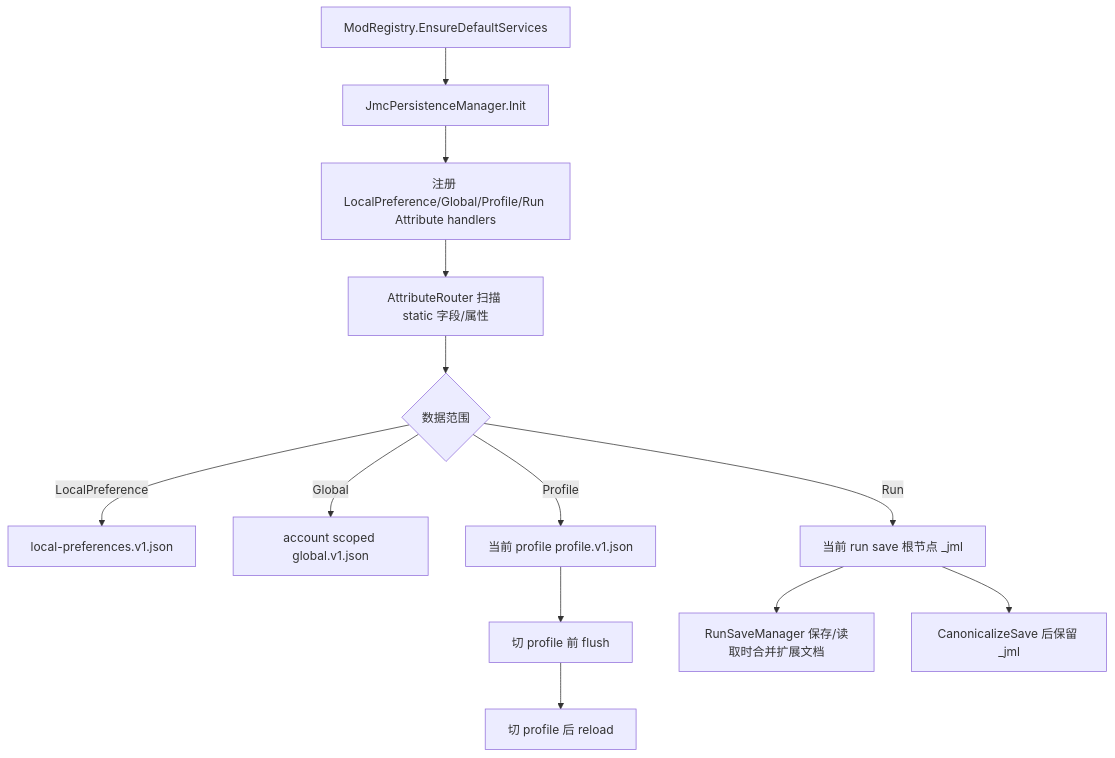
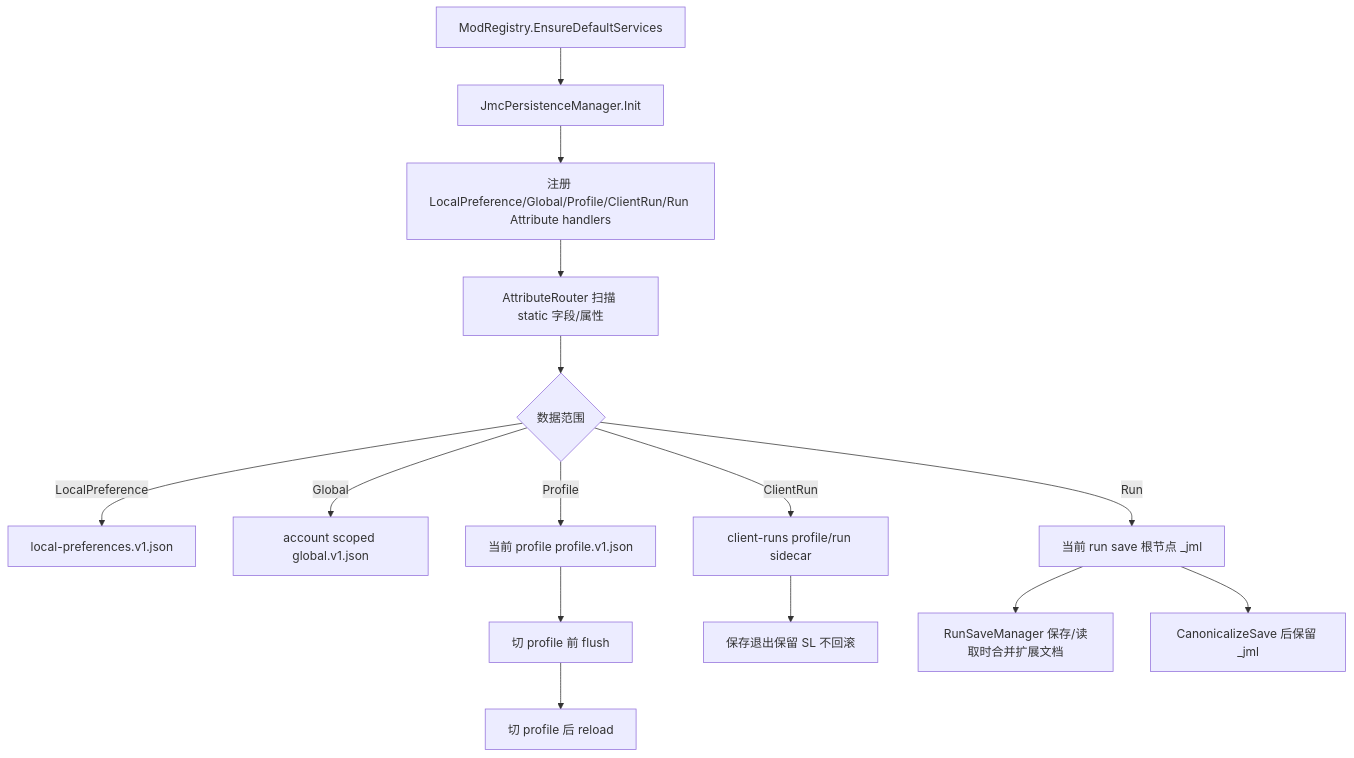
One commit to JMC-Mods/SlayTheSpire2_JmcModLib changed the sixth of 16 diagrams in docs/JML_API_Reference.md. Above: the diagram before and after it, drawn with Mermaid. The commit also changed other lines of this file and 24 other files, not shown here.

````diff
--- a/docs/JML_API_Reference.md
+++ b/docs/JML_API_Reference.md
@@ -637,15 +647,17 @@
 ```mermaid
 flowchart TD
     A[ModRegistry.EnsureDefaultServices] --> B[JmcPersistenceManager.Init]
-    B --> C[注册 LocalPreference/Global/Profile/Run Attribute handlers]
+    B --> C[注册 LocalPreference/Global/Profile/ClientRun/Run Attribute handlers]
     C --> D[AttributeRouter 扫描 static 字段/属性]
     D --> E{数据范围}
     E -- LocalPreference --> F[local-preferences.v1.json]
     E -- Global --> G[account scoped global.v1.json]
     E -- Profile --> H[当前 profile profile.v1.json]
-    E -- Run --> I[当前 run save 根节点 _jml]
+    E -- ClientRun --> I[client-runs profile/run sidecar]
+    E -- Run --> N[当前 run save 根节点 _jml]
     H --> J[切 profile 前 flush]
     J --> K[切 profile 后 reload]
-    I --> L[RunSaveManager 保存/读取时合并扩展文档]
-    I --> M[CanonicalizeSave 后保留 _jml]
+    I --> L[保存退出保留 SL 不回滚]
+    N --> M[RunSaveManager 保存/读取时合并扩展文档]
+    N --> O[CanonicalizeSave 后保留 _jml]
 ```
````
